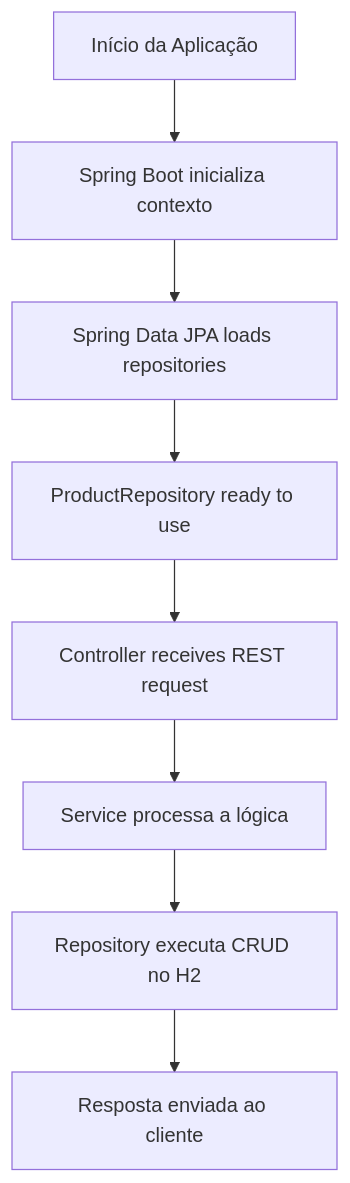
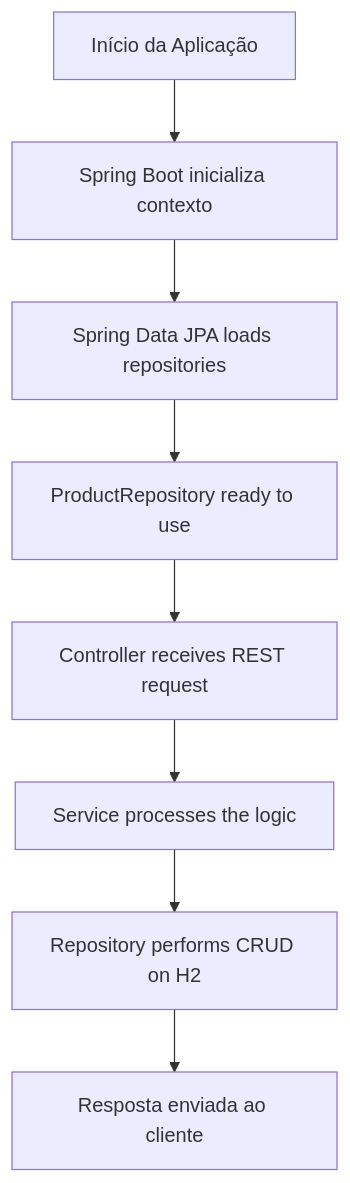
The diagram in README.md (KleberVales/spring-data-jpa-demo), drawn with Mermaid before and after one commit.

````diff
--- a/README.md
+++ b/README.md
@@ -92,10 +92,10 @@
 ```mermaid
 flowchart TD
     A[Início da Aplicação] --> B[Spring Boot inicializa contexto]
     B --> C[Spring Data JPA loads repositories]
     C --> D[ProductRepository ready to use]
     D --> E[Controller receives REST request]
-    E --> F[Service processa a lógica]
-    F --> G[Repository executa CRUD no H2]
+    E --> F[Service processes the logic]
+    F --> G[Repository performs CRUD on H2]
     G --> H[Resposta enviada ao cliente]
 ```
````
